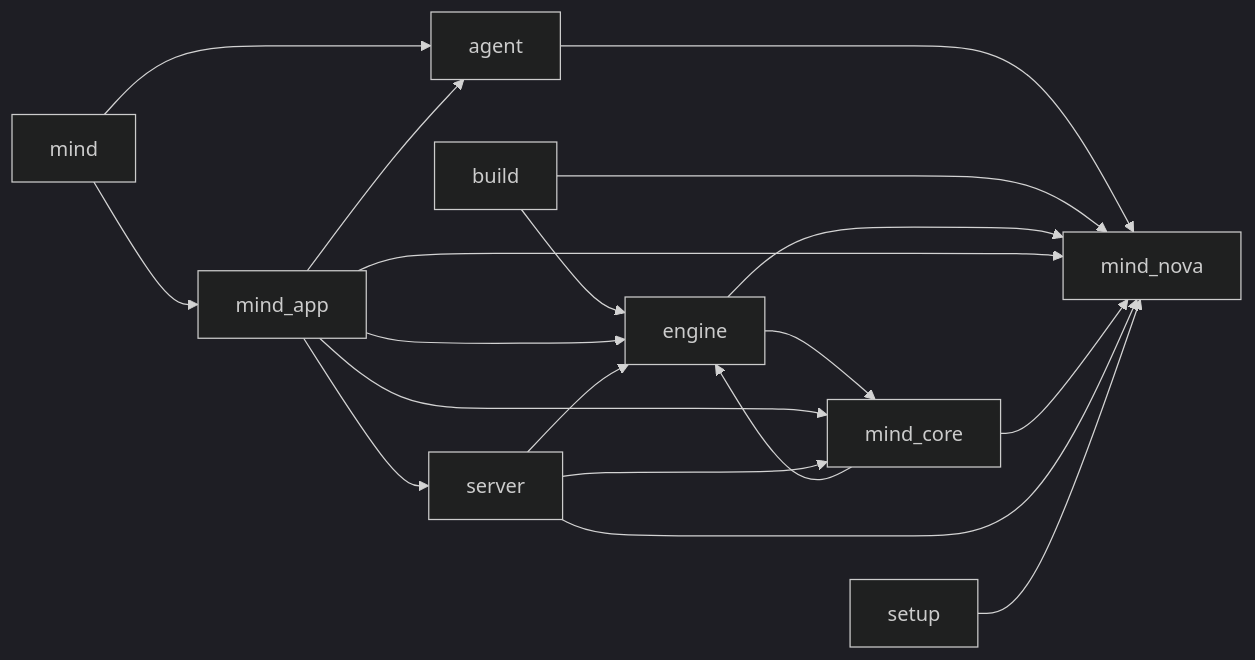
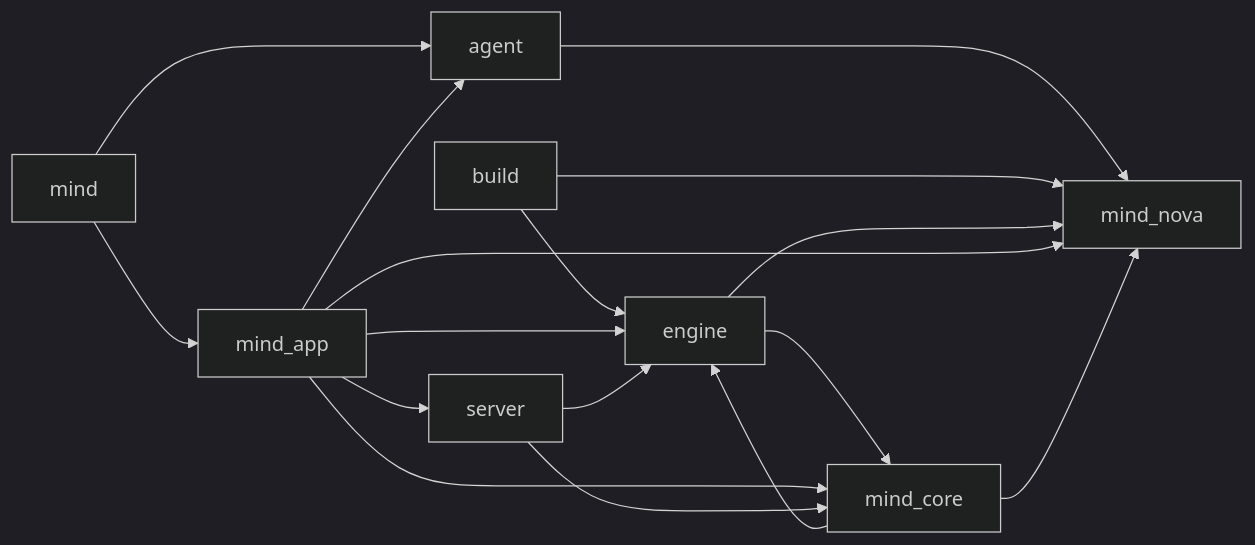
Before and after one commit to AxionixLabs/ProxyMind: the diagram in AGENT_RUNTIME_IMPORT_GRAPH.md, drawn with Mermaid (dark theme). The commit also changed other lines of this file and 8 other files, not shown here.

````diff
--- a/AGENT_RUNTIME_IMPORT_GRAPH.md
+++ b/AGENT_RUNTIME_IMPORT_GRAPH.md
@@ -15,21 +15,19 @@
 ```mermaid
 flowchart LR
     agent --> mind_nova
     build --> engine
     build --> mind_nova
     engine --> mind_core
     engine --> mind_nova
     mind --> agent
     mind --> mind_app
     mind_app --> agent
     mind_app --> engine
     mind_app --> mind_core
     mind_app --> mind_nova
     mind_app --> server
     mind_core --> engine
     mind_core --> mind_nova
     server --> engine
     server --> mind_core
-    server --> mind_nova
-    setup --> mind_nova
 ```
````
